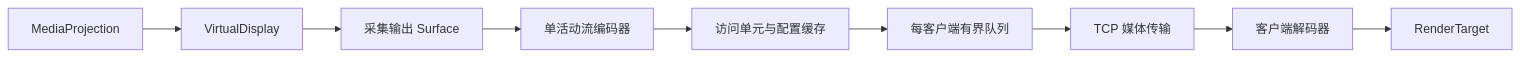
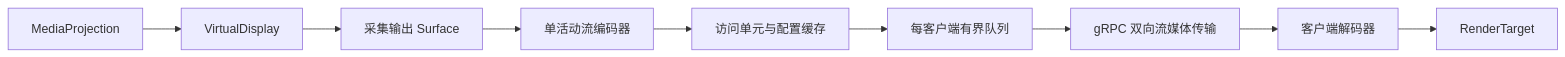
The second of 9 diagrams in docs/codec-framework.md (obby-xiang/LocalScreenShareAndroid), drawn with Mermaid before and after one commit. The commit also changed other lines of this file and 6 other files, not shown here.

````diff
--- a/docs/codec-framework.md
+++ b/docs/codec-framework.md
@@ -85,11 +85,11 @@
 ```mermaid
 flowchart LR
     MP[MediaProjection] --> VD[VirtualDisplay]
     VD --> SURF[采集输出 Surface]
     SURF --> ENC[单活动流编码器]
     ENC --> AU[访问单元与配置缓存]
     AU --> Q[每客户端有界队列]
-    Q --> TCP[TCP 媒体传输]
-    TCP --> DEC[客户端解码器]
+    Q --> GRPC[gRPC 双向流媒体传输]
+    GRPC --> DEC[客户端解码器]
     DEC --> RT[RenderTarget]
 ```
````
